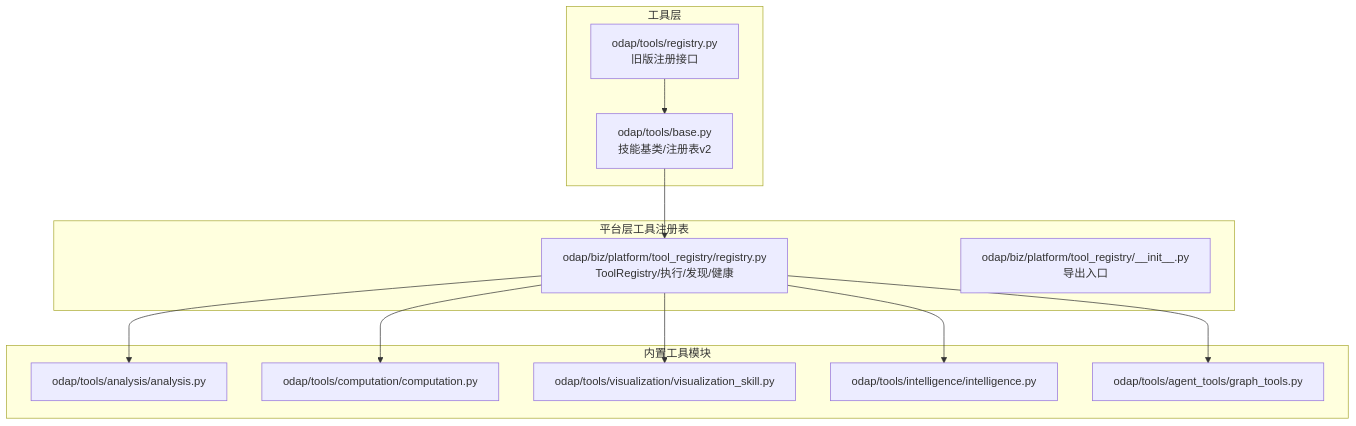
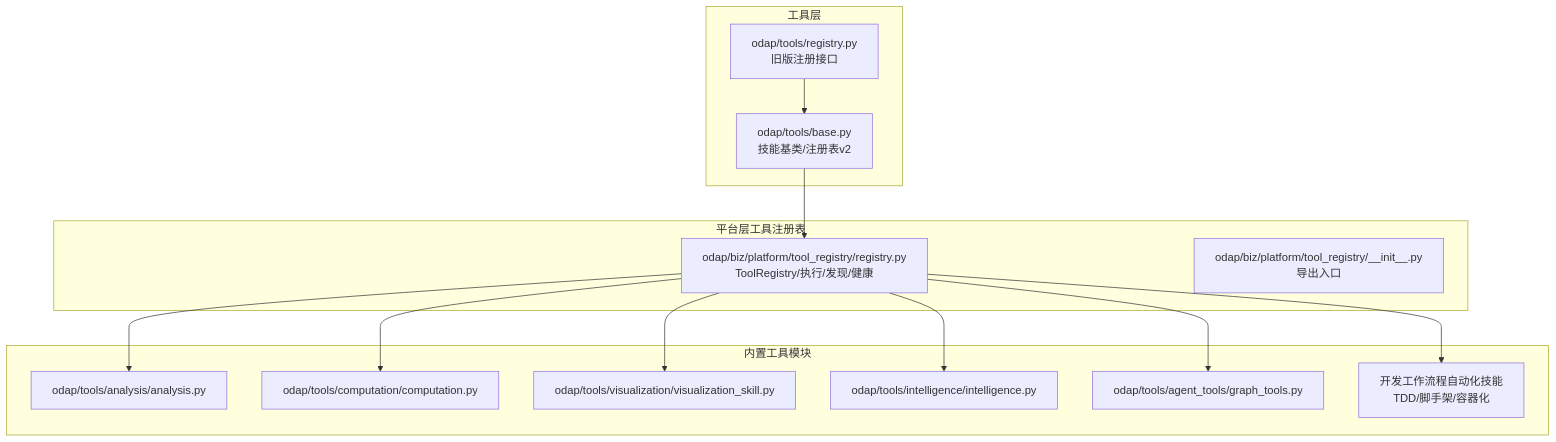
Before and after one commit to inier/ontology-graphiti: the first of 8 diagrams in .qoder/repowiki/zh/content/后端服务/工具技能系统/工具技能系统.md, drawn with Mermaid. The commit also changed other lines of this file and 875 other files, not shown here.

````diff
--- a/.qoder/repowiki/zh/content/后端服务/工具技能系统/工具技能系统.md
+++ b/.qoder/repowiki/zh/content/后端服务/工具技能系统/工具技能系统.md
@@ -43,25 +55,27 @@
 ```mermaid
 graph TB
 subgraph "工具层"
 A["odap/tools/base.py<br/>技能基类/注册表v2"]
 B["odap/tools/registry.py<br/>旧版注册接口"]
 end
 subgraph "平台层工具注册表"
 C["odap/biz/platform/tool_registry/registry.py<br/>ToolRegistry/执行/发现/健康"]
 D["odap/biz/platform/tool_registry/__init__.py<br/>导出入口"]
 end
 subgraph "内置工具模块"
 E["odap/tools/analysis/analysis.py"]
 F["odap/tools/computation/computation.py"]
 G["odap/tools/visualization/visualization_skill.py"]
 H["odap/tools/intelligence/intelligence.py"]
 I["odap/tools/agent_tools/graph_tools.py"]
+J["开发工作流程自动化技能<br/>TDD/脚手架/容器化"]
 end
 A --> C
 B --> A
 C --> E
 C --> F
 C --> G
 C --> H
 C --> I
+C --> J
 ```
````
